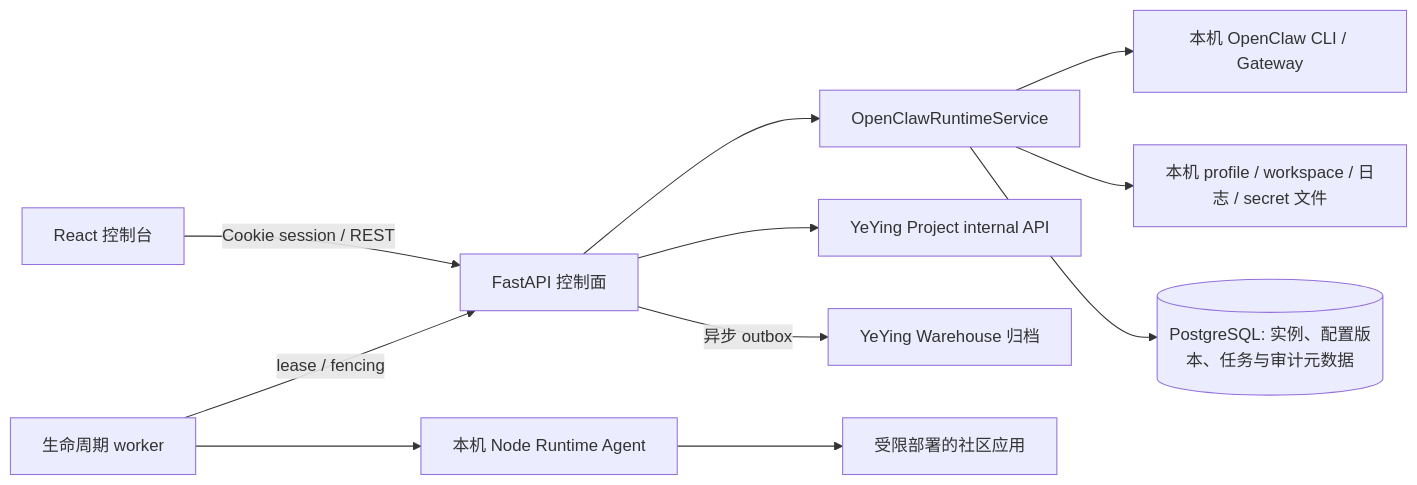
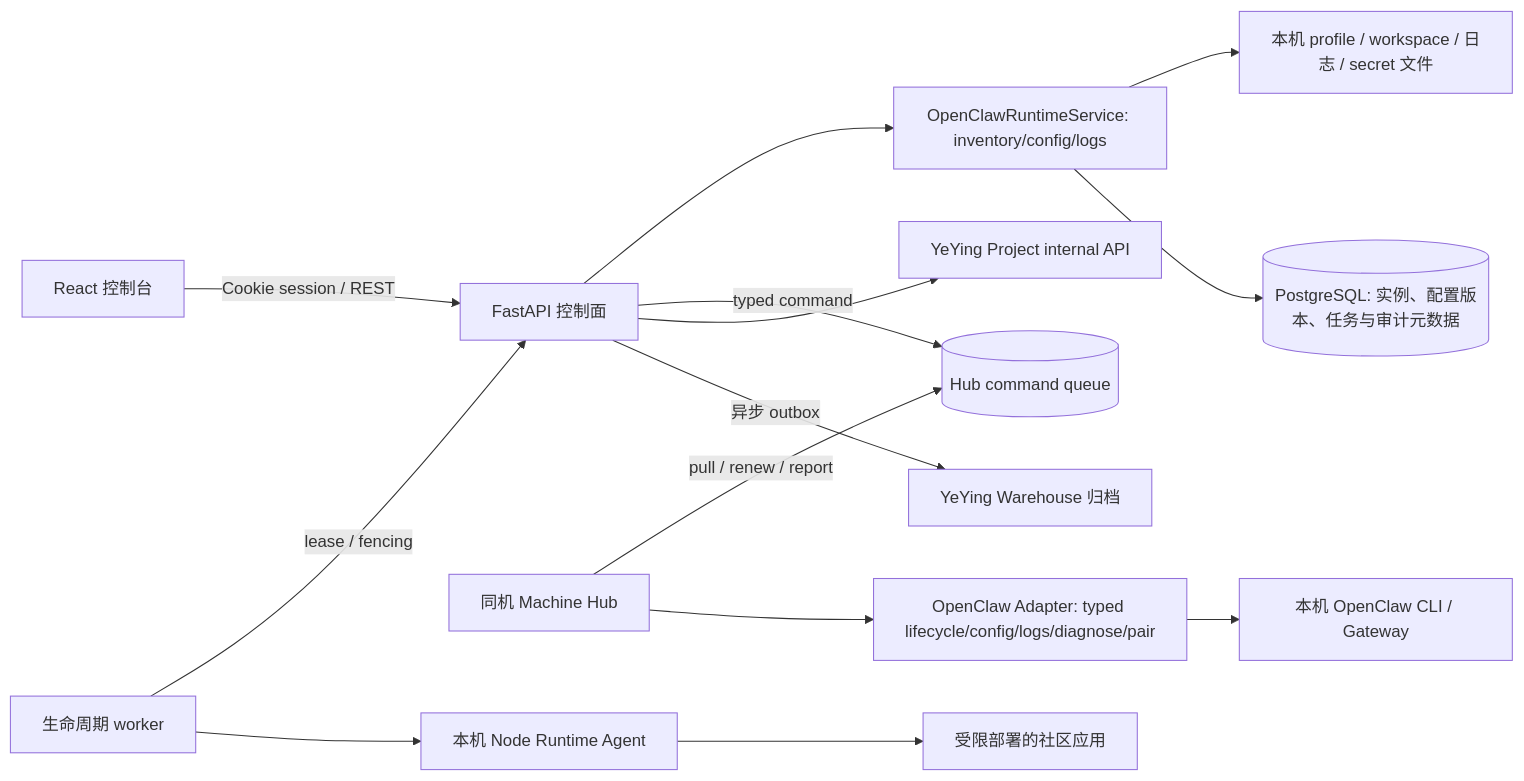
The diagram in docs/orchestrator-control-plane-detailed-design.md (liuppx/orchestrator), drawn with Mermaid before and after one commit. The commit also changed other lines of this file and 8 other files, not shown here.

Commit message:
docs: document backend and machine hub architecture

````diff
--- a/docs/orchestrator-control-plane-detailed-design.md
+++ b/docs/orchestrator-control-plane-detailed-design.md
@@ -32,13 +35,16 @@
 ```mermaid
 flowchart LR
     Browser[React 控制台] -->|Cookie session / REST| API[FastAPI 控制面]
-    API --> Service[OpenClawRuntimeService]
-    Service --> Proc[本机 OpenClaw CLI / Gateway]
+    API --> Service[OpenClawRuntimeService: inventory/config/logs]
     Service --> FS[本机 profile / workspace / 日志 / secret 文件]
     Service --> DB[(PostgreSQL: 实例、配置版本、任务与审计元数据)]
+    API -->|typed command| Queue[(Hub command queue)]
+    Hub[同机 Machine Hub] -->|pull / renew / report| Queue
+    Hub --> Adapter[OpenClaw Adapter: typed lifecycle/config/logs/diagnose/pair]
+    Adapter --> Proc[本机 OpenClaw CLI / Gateway]
     API --> Project[YeYing Project internal API]
     Worker[生命周期 worker] -->|lease / fencing| API
     Worker --> Node[本机 Node Runtime Agent]
     Node --> App[受限部署的社区应用]
     API -->|异步 outbox| Warehouse[YeYing Warehouse 归档]
 ```
````
